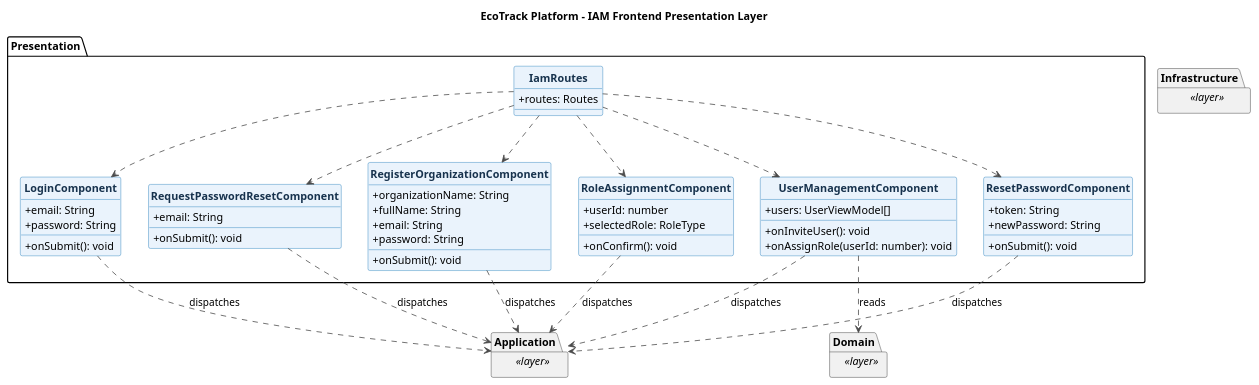
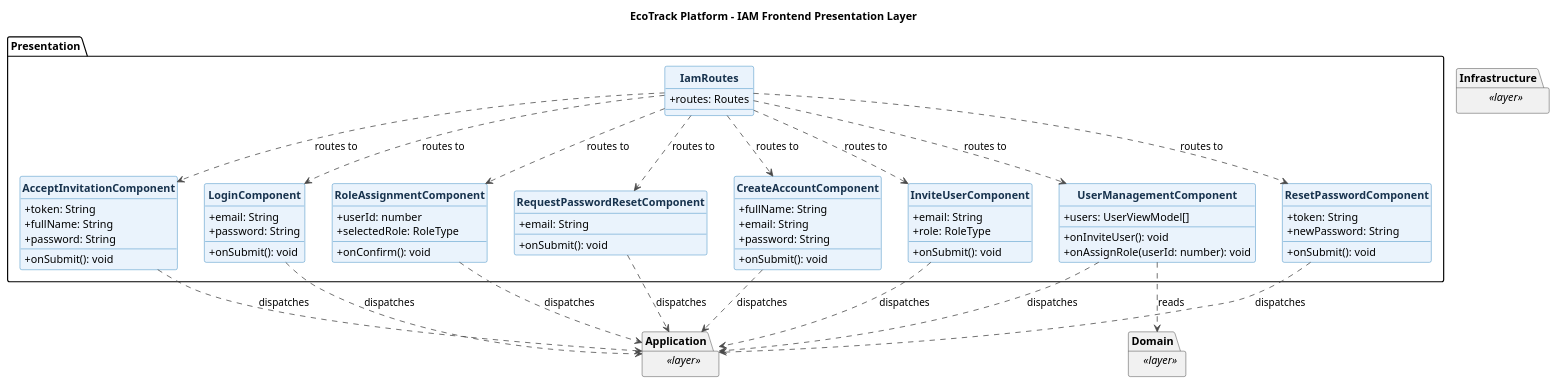
One commit to Horizon-OpenSource/report changed the diagram in docs/diagrams/class/frontend/ecotrack-iam-frontend-presentation-layer-class-diagram.puml. Above: the diagram before and after it, drawn with PlantUML. The commit also changed 148 other files, not shown here.

Commit message:
docs: add class diagrams for all bounded contexts and update database diagram

```diff
--- a/docs/diagrams/class/frontend/ecotrack-iam-frontend-presentation-layer-class-diagram.puml
+++ b/docs/diagrams/class/frontend/ecotrack-iam-frontend-presentation-layer-class-diagram.puml
@@ -1,80 +1,96 @@
 @startuml
 title EcoTrack Platform - IAM Frontend Presentation Layer
 skinparam backgroundColor #FFFFFF
 skinparam shadowing false
 skinparam classAttributeIconSize 0
 skinparam classFontStyle bold
 skinparam class {
   BackgroundColor #EAF3FC
   BorderColor #0B6FB3
   ArrowColor #4A4A4A
   FontColor #17324D
 }
 hide circle
 
 package "Presentation" {
   class LoginComponent {
     +email: String
     +password: String
     +onSubmit(): void
   }
 
-  class RegisterOrganizationComponent {
-    +organizationName: String
+  class CreateAccountComponent {
     +fullName: String
     +email: String
     +password: String
     +onSubmit(): void
   }
 
   class UserManagementComponent {
     +users: UserViewModel[]
     +onInviteUser(): void
     +onAssignRole(userId: number): void
+  }
+
+  class InviteUserComponent {
+    +email: String
+    +role: RoleType
+    +onSubmit(): void
+  }
+
+  class AcceptInvitationComponent {
+    +token: String
+    +fullName: String
+    +password: String
+    +onSubmit(): void
   }
 
   class RoleAssignmentComponent {
     +userId: number
     +selectedRole: RoleType
     +onConfirm(): void
   }
 
   class RequestPasswordResetComponent {
     +email: String
     +onSubmit(): void
   }
 
   class ResetPasswordComponent {
     +token: String
     +newPassword: String
     +onSubmit(): void
   }
 
   class IamRoutes {
     +routes: Routes
   }
 
-  IamRoutes ..> LoginComponent
-  IamRoutes ..> RegisterOrganizationComponent
-  IamRoutes ..> UserManagementComponent
-  IamRoutes ..> RoleAssignmentComponent
-  IamRoutes ..> RequestPasswordResetComponent
-  IamRoutes ..> ResetPasswordComponent
+  IamRoutes ..> LoginComponent : routes to
+  IamRoutes ..> CreateAccountComponent : routes to
+  IamRoutes ..> UserManagementComponent : routes to
+  IamRoutes ..> InviteUserComponent : routes to
+  IamRoutes ..> AcceptInvitationComponent : routes to
+  IamRoutes ..> RoleAssignmentComponent : routes to
+  IamRoutes ..> RequestPasswordResetComponent : routes to
+  IamRoutes ..> ResetPasswordComponent : routes to
 }
 
 package "Application" as Frontend_iam_Application <<layer>> {
 }
 package "Domain" as Frontend_iam_Domain <<layer>> {
 }
 package "Infrastructure" as Frontend_iam_Infrastructure <<layer>> {
 }
 
 LoginComponent ..> Frontend_iam_Application : dispatches
-RegisterOrganizationComponent ..> Frontend_iam_Application : dispatches
+CreateAccountComponent ..> Frontend_iam_Application : dispatches
 UserManagementComponent ..> Frontend_iam_Application : dispatches
+InviteUserComponent ..> Frontend_iam_Application : dispatches
+AcceptInvitationComponent ..> Frontend_iam_Application : dispatches
 RoleAssignmentComponent ..> Frontend_iam_Application : dispatches
 RequestPasswordResetComponent ..> Frontend_iam_Application : dispatches
 ResetPasswordComponent ..> Frontend_iam_Application : dispatches
 UserManagementComponent ..> Frontend_iam_Domain : reads
 
 @enduml
```
